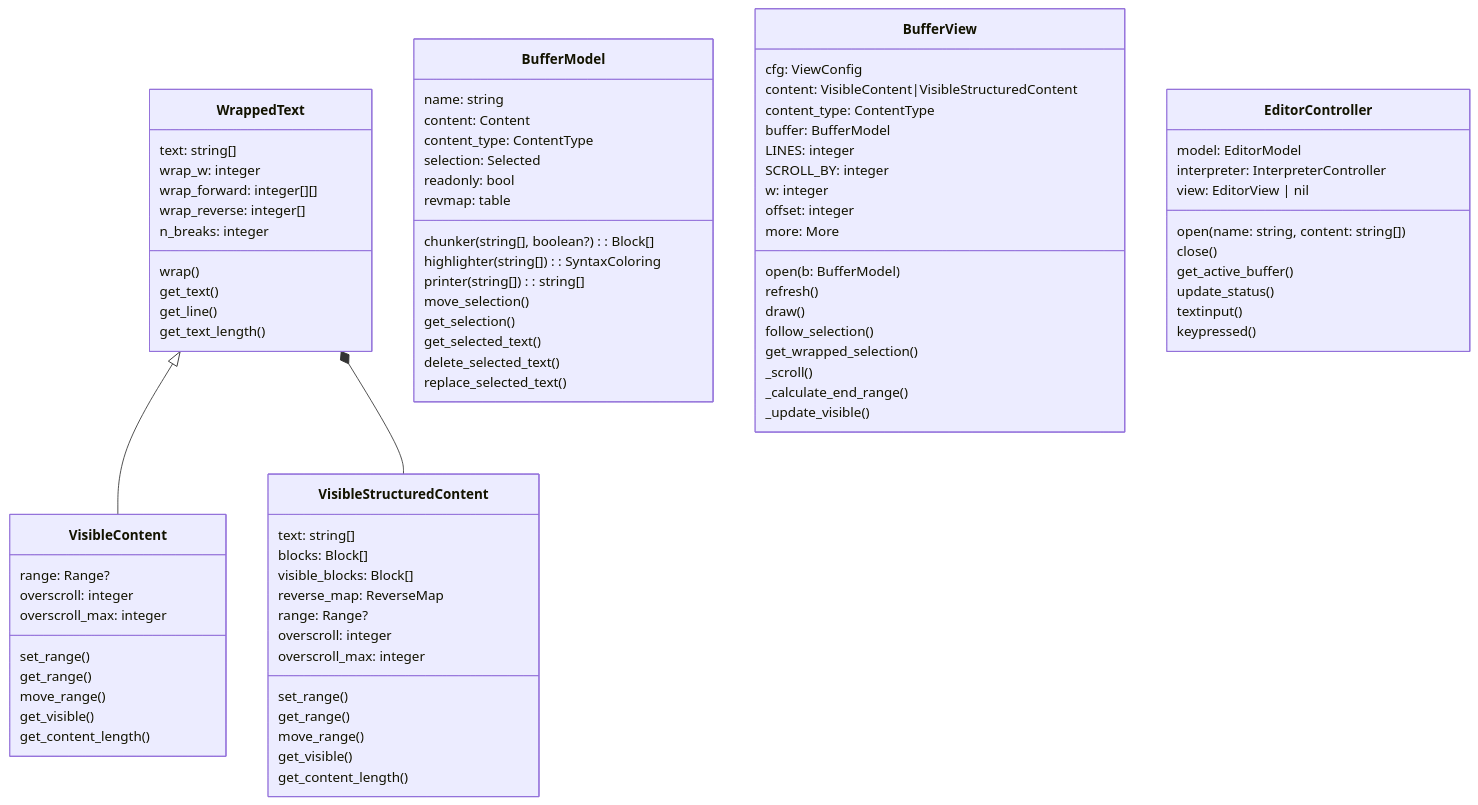
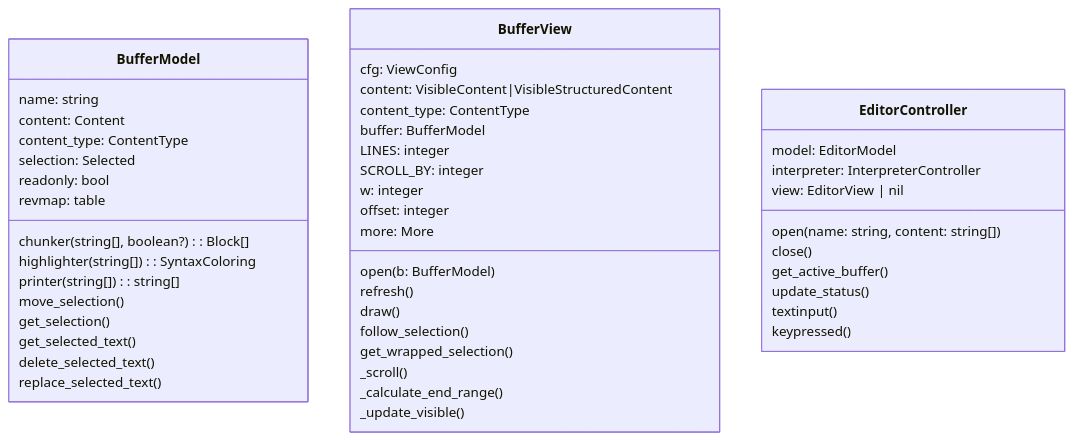
Before and after one commit to nagydani/loveputer: the third of 5 diagrams in doc/mermaid/editor.md, drawn with Mermaid.

````diff
--- a/doc/mermaid/editor.md
+++ b/doc/mermaid/editor.md
@@ -46,52 +97,5 @@
 ```mermaid
 classDiagram
-
-class WrappedText {
-  text: string[]
-  wrap_w: integer
-  wrap_forward: integer[][]
-  wrap_reverse: integer[]
-  n_breaks: integer
-
-  wrap()
-  get_text()
-  get_line()
-  get_text_length()
-}
-
-class VisibleContent {
-  range: Range?
-  overscroll: integer
-  overscroll_max: integer
-
-  set_range()
-  get_range()
-  move_range()
-  get_visible()
-  get_content_length()
-}
-
-class VisibleStructuredContent {
-  text: string[]
-  blocks: Block[]
-  visible_blocks: Block[]
-  reverse_map: ReverseMap
-
-  range: Range?
-  overscroll: integer
-  overscroll_max: integer
-
-  set_range()
-
-  get_range()
-  move_range()
-  get_visible()
-  get_content_length()
-}
-
-WrappedText <|-- VisibleContent
-WrappedText *-- VisibleStructuredContent
-%% BufferModel --o BufferView
 
 class BufferModel {
   name: string
````
